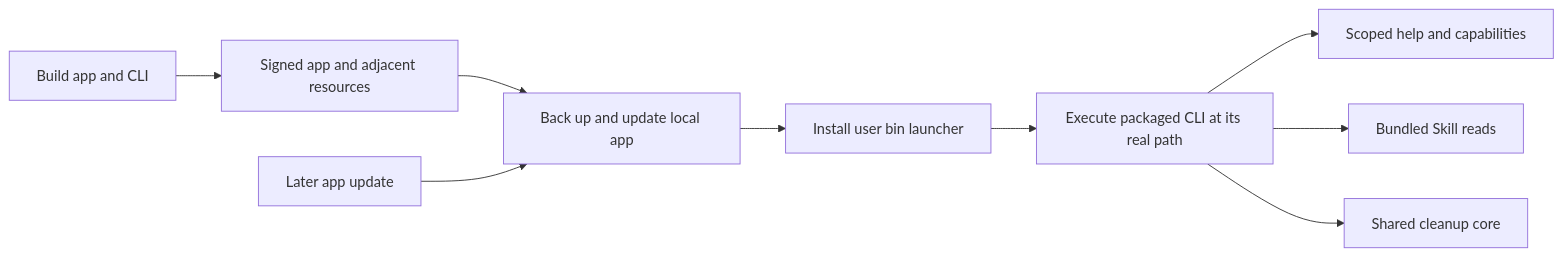
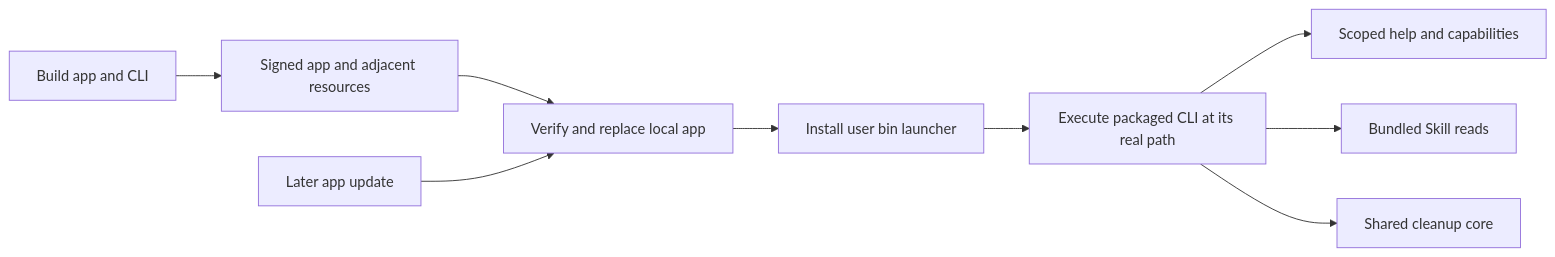
One commit to limecloud/shou changed the diagram in docs/engineering/development.md. Above: the diagram before and after it, drawn with Mermaid. The commit also changed other lines of this file and 36 other files, not shown here.

````diff
--- a/docs/engineering/development.md
+++ b/docs/engineering/development.md
@@ -45,11 +45,11 @@
 ```mermaid
 flowchart LR
     Build[Build app and CLI] --> Package[Signed app and adjacent resources]
-    Package --> Install[Back up and update local app]
+    Package --> Install[Verify and replace local app]
     Install --> Entry[Install user bin launcher]
     Entry --> Native[Execute packaged CLI at its real path]
     Native --> Discovery[Scoped help and capabilities]
     Native --> Skill[Bundled Skill reads]
     Native --> Core[Shared cleanup core]
     Update[Later app update] --> Install
 ```
````
